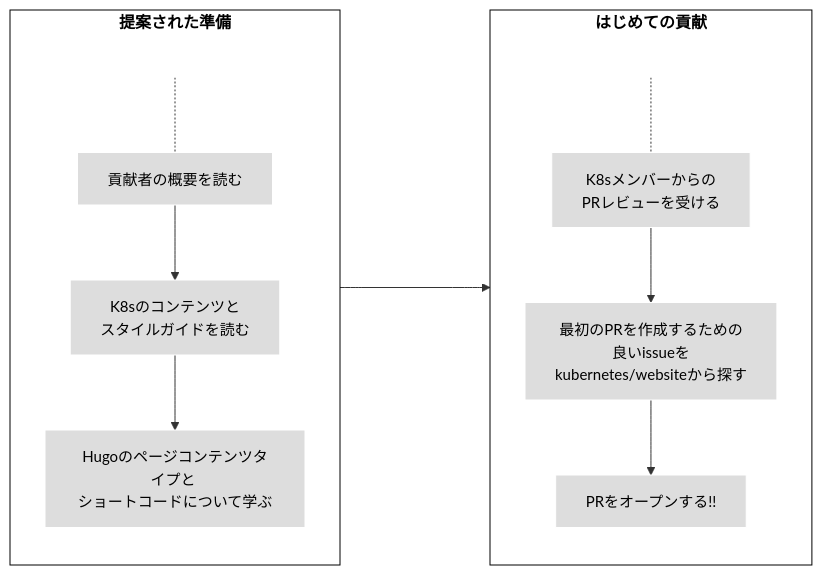
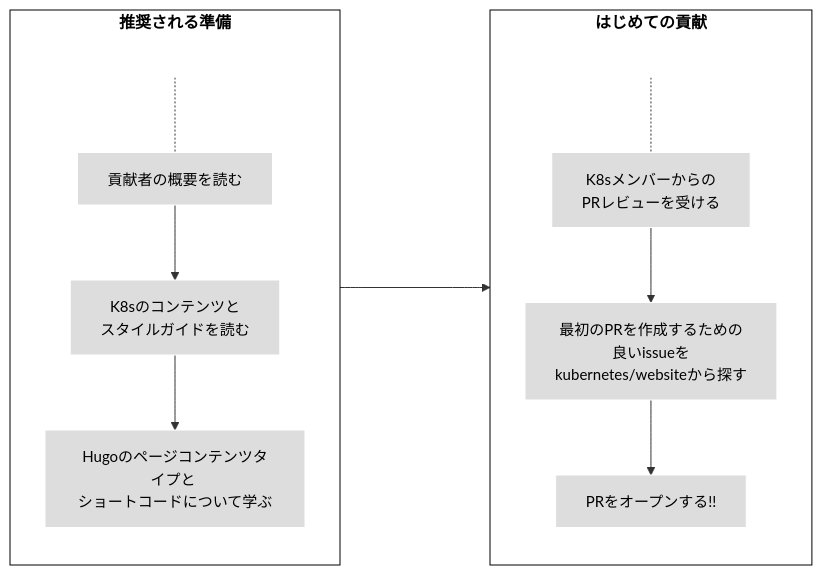
One commit to kubernetes/website changed the second of 2 diagrams in content/ja/docs/contribute/_index.md. Above: the diagram before and after it, drawn with Mermaid.

Commit message:
update: L113: fix translation "suggestion"

```diff
--- a/content/ja/docs/contribute/_index.md
+++ b/content/ja/docs/contribute/_index.md
@@ -105,26 +105,26 @@
 {{< mermaid >}}
 flowchart LR
     subgraph second[はじめての貢献]
     direction TB
     S[ ] -.-
     G[K8sメンバーからの <br>PRレビューを受ける] -->
     A[最初のPRを作成するための <br>良いissueを <br>kubernetes/websiteから探す] --> B[PRをオープンする!!]
     end
-    subgraph first[提案された準備]
+    subgraph first[推奨される準備]
     direction TB
        T[ ] -.-
        D[貢献者の概要を読む] -->E[K8sのコンテンツと<br> スタイルガイドを読む]
        E --> F[Hugoのページコンテンツタイプと <br>ショートコードについて学ぶ]
     end
 
 
     first ----> second
 
 
 classDef grey fill:#dddddd,stroke:#ffffff,stroke-width:px,color:#000000, font-size:15px;
 classDef white fill:#ffffff,stroke:#000,stroke-width:px,color:#000,font-weight:bold
 classDef spacewhite fill:#ffffff,stroke:#fff,stroke-width:0px,color:#000
 class A,B,D,E,F,G grey
 class S,T spacewhite
 class first,second white
 {{</ mermaid >}}
```
